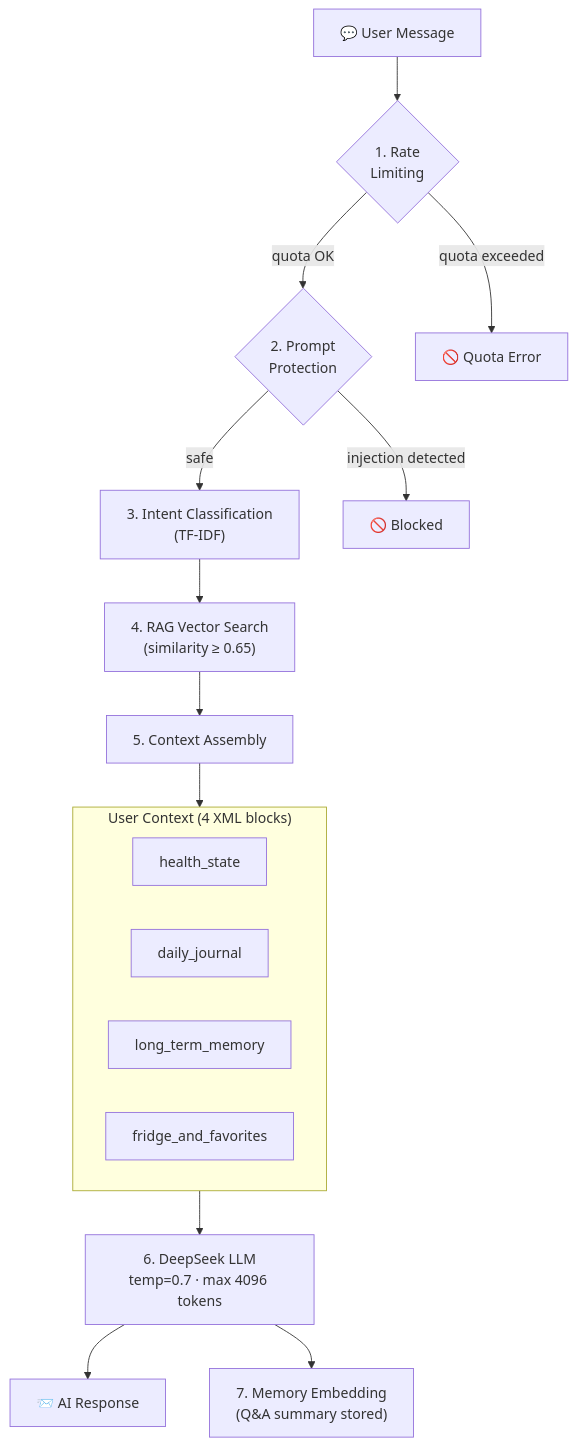
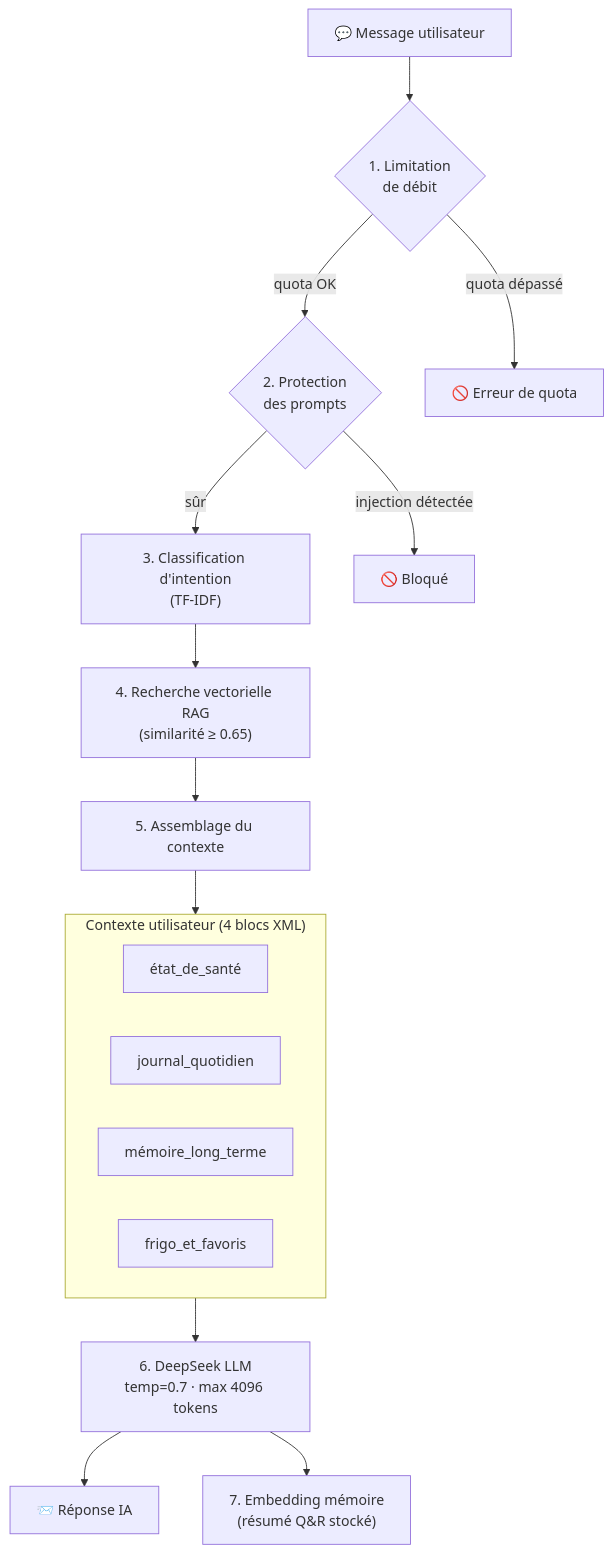
One commit to Oussama-souissi024/Makelty-architecture-case-study changed the sixth of 7 diagrams in README.md. Above: the diagram before and after it, drawn with Mermaid. The commit also changed other lines of this file and 2 other files, not shown here.

````diff
--- a/README.md
+++ b/README.md
@@ -490,23 +494,23 @@
 ```mermaid
 flowchart TD
-    Msg["💬 User Message"] --> RL{"1. Rate\nLimiting"}
-    RL -->|"quota OK"| PP{"2. Prompt\nProtection"}
-    RL -->|"quota exceeded"| Block["🚫 Quota Error"]
-    PP -->|"safe"| IC["3. Intent Classification\n(TF-IDF)"]
-    PP -->|"injection detected"| Block2["🚫 Blocked"]
+    Msg["💬 Message utilisateur"] --> RL{"1. Limitation\nde débit"}
+    RL -->|"quota OK"| PP{"2. Protection\ndes prompts"}
+    RL -->|"quota dépassé"| Block["🚫 Erreur de quota"]
+    PP -->|"sûr"| IC["3. Classification d'intention\n(TF-IDF)"]
+    PP -->|"injection détectée"| Block2["🚫 Bloqué"]
 
-    IC --> RAG["4. RAG Vector Search\n(similarity ≥ 0.65)"]
-    RAG --> CTX["5. Context Assembly"]
+    IC --> RAG["4. Recherche vectorielle RAG\n(similarité ≥ 0.65)"]
+    RAG --> CTX["5. Assemblage du contexte"]
 
-    subgraph Context["User Context (4 XML blocks)"]
-        H["health_state"]
-        J["daily_journal"]
-        M["long_term_memory"]
-        F["fridge_and_favorites"]
+    subgraph Context["Contexte utilisateur (4 blocs XML)"]
+        H["état_de_santé"]
+        J["journal_quotidien"]
+        M["mémoire_long_terme"]
+        F["frigo_et_favoris"]
     end
 
     CTX --> Context
     Context --> LLM["6. DeepSeek LLM\ntemp=0.7 · max 4096 tokens"]
-    LLM --> Resp["📨 AI Response"]
-    LLM --> Embed["7. Memory Embedding\n(Q&A summary stored)"]
+    LLM --> Resp["📨 Réponse IA"]
+    LLM --> Embed["7. Embedding mémoire\n(résumé Q&R stocké)"]
 ```
````
